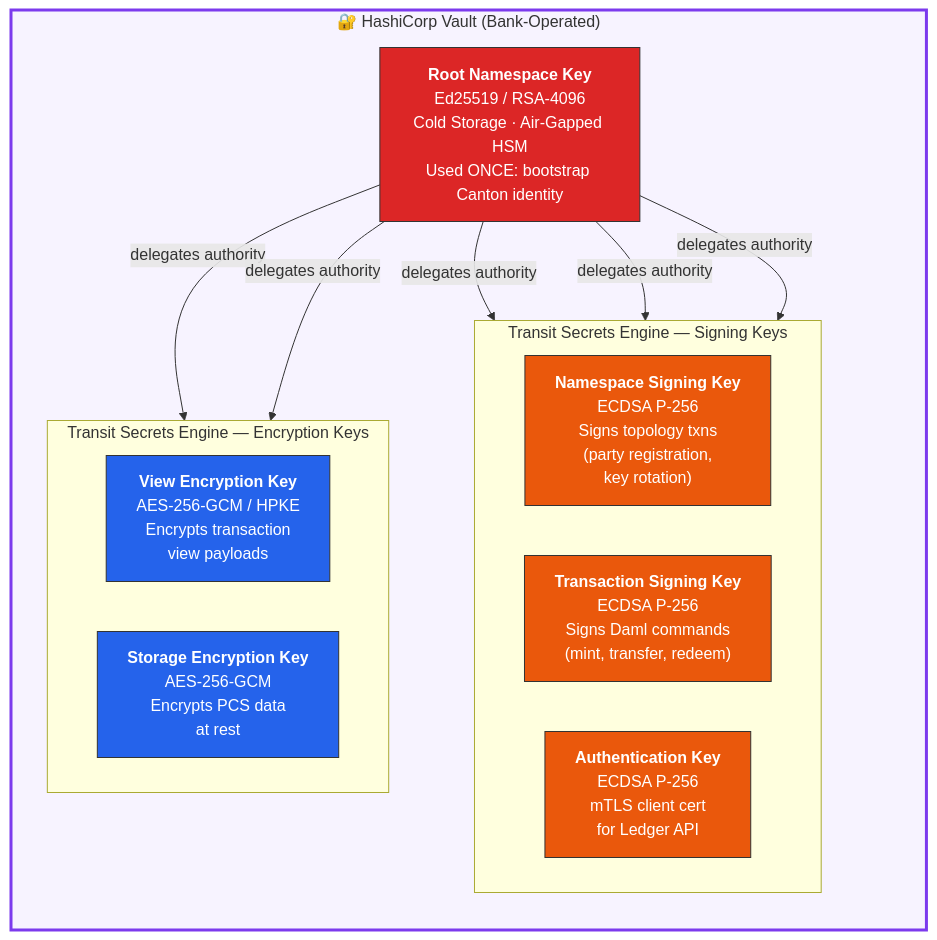
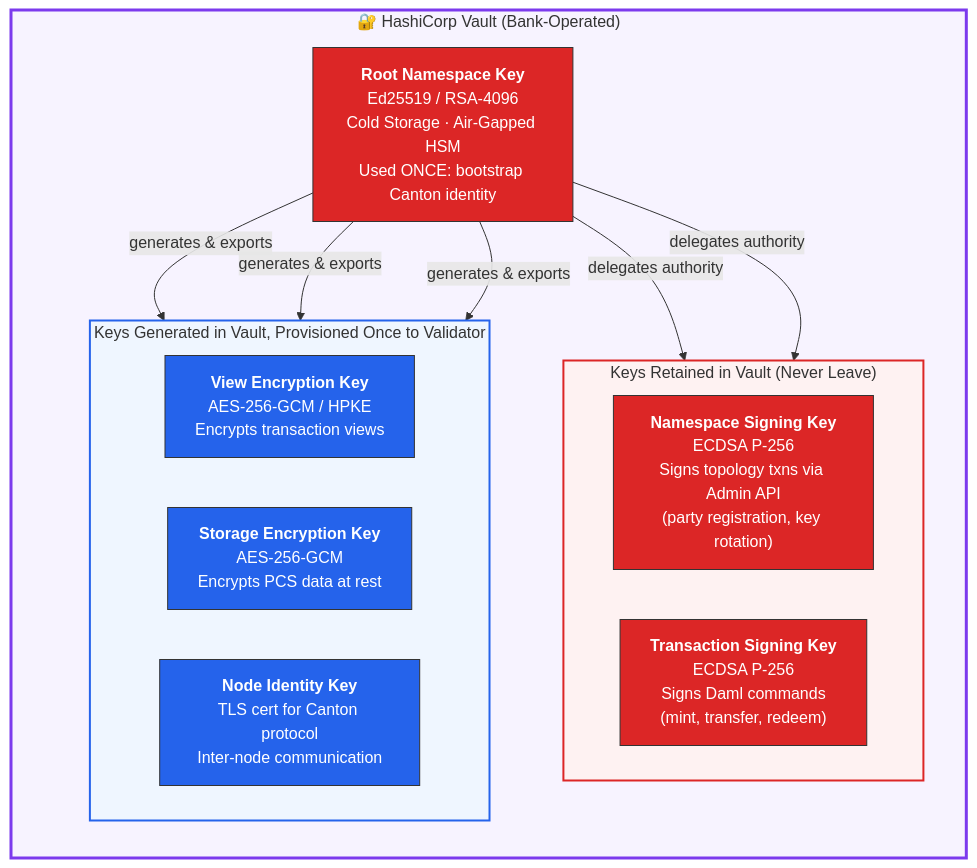
The first of 8 diagrams in vault-blockdaemon-kms-architecture.md (sickle5stone/canton), drawn with Mermaid before and after one commit. The commit also changed other lines of this file and 5 other files, not shown here.

First line of the commit message:
Rewrite KMS architecture: one-time key provisioning with full segregation

````diff
--- a/vault-blockdaemon-kms-architecture.md
+++ b/vault-blockdaemon-kms-architecture.md
@@ -19,34 +23,36 @@
 ```mermaid
 graph TD
     subgraph VAULT["🔐 HashiCorp Vault (Bank-Operated)"]
         direction TB
         ROOT["<b>Root Namespace Key</b><br/>Ed25519 / RSA-4096<br/>Cold Storage · Air-Gapped HSM<br/>Used ONCE: bootstrap Canton identity"]
 
-        subgraph SIGNING["Transit Secrets Engine — Signing Keys"]
+        subgraph BANK_KEYS["Keys Retained in Vault (Never Leave)"]
             direction LR
-            NSK["<b>Namespace Signing Key</b><br/>ECDSA P-256<br/>Signs topology txns<br/>(party registration,<br/>key rotation)"]
+            NSK["<b>Namespace Signing Key</b><br/>ECDSA P-256<br/>Signs topology txns via Admin API<br/>(party registration, key rotation)"]
             TSK["<b>Transaction Signing Key</b><br/>ECDSA P-256<br/>Signs Daml commands<br/>(mint, transfer, redeem)"]
-            ASK["<b>Authentication Key</b><br/>ECDSA P-256<br/>mTLS client cert<br/>for Ledger API"]
         end
 
-        subgraph ENCRYPTION["Transit Secrets Engine — Encryption Keys"]
+        subgraph PROVISIONED["Keys Generated in Vault, Provisioned Once to Validator"]
             direction LR
-            VEK["<b>View Encryption Key</b><br/>AES-256-GCM / HPKE<br/>Encrypts transaction<br/>view payloads"]
-            SEK["<b>Storage Encryption Key</b><br/>AES-256-GCM<br/>Encrypts PCS data<br/>at rest"]
+            VEK["<b>View Encryption Key</b><br/>AES-256-GCM / HPKE<br/>Encrypts transaction views"]
+            SEK["<b>Storage Encryption Key</b><br/>AES-256-GCM<br/>Encrypts PCS data at rest"]
+            NODEK["<b>Node Identity Key</b><br/>TLS cert for Canton protocol<br/>Inter-node communication"]
         end
 
         ROOT -->|"delegates authority"| NSK
         ROOT -->|"delegates authority"| TSK
-        ROOT -->|"delegates authority"| ASK
-        ROOT -->|"delegates authority"| VEK
-        ROOT -->|"delegates authority"| SEK
+        ROOT -->|"generates & exports"| VEK
+        ROOT -->|"generates & exports"| SEK
+        ROOT -->|"generates & exports"| NODEK
     end
 
     style VAULT fill:#f7f3ff,stroke:#7c3aed,stroke-width:3px
     style ROOT fill:#dc2626,stroke:#333,color:#fff
-    style NSK fill:#ea580c,stroke:#333,color:#fff
-    style TSK fill:#ea580c,stroke:#333,color:#fff
-    style ASK fill:#ea580c,stroke:#333,color:#fff
+    style BANK_KEYS fill:#fef2f2,stroke:#dc2626,stroke-width:2px
+    style PROVISIONED fill:#eff6ff,stroke:#2563eb,stroke-width:2px
+    style NSK fill:#dc2626,stroke:#333,color:#fff
+    style TSK fill:#dc2626,stroke:#333,color:#fff
     style VEK fill:#2563eb,stroke:#333,color:#fff
     style SEK fill:#2563eb,stroke:#333,color:#fff
+    style NODEK fill:#2563eb,stroke:#333,color:#fff
 ```
````
